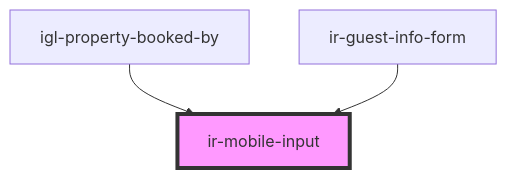
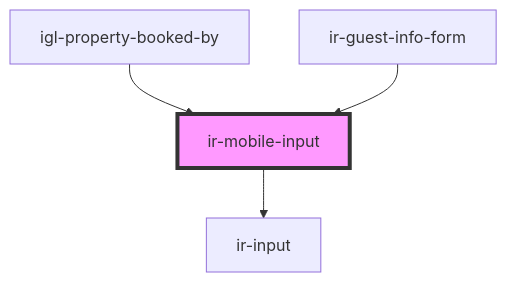
One commit to David1Chowaifaty/modified-ir-webcmp changed the diagram in src/components/ui/ir-mobile-input/readme.md. Above: the diagram before and after it, drawn with Mermaid. The commit also changed other lines of this file and 41 other files, not shown here.

````diff
--- a/src/components/ui/ir-mobile-input/readme.md
+++ b/src/components/ui/ir-mobile-input/readme.md
@@ -41,6 +45,7 @@
 ```mermaid
 graph TD;
+  ir-mobile-input --> ir-input
   igl-property-booked-by --> ir-mobile-input
   ir-guest-info-form --> ir-mobile-input
   style ir-mobile-input fill:#f9f,stroke:#333,stroke-width:4px
 ```
````
